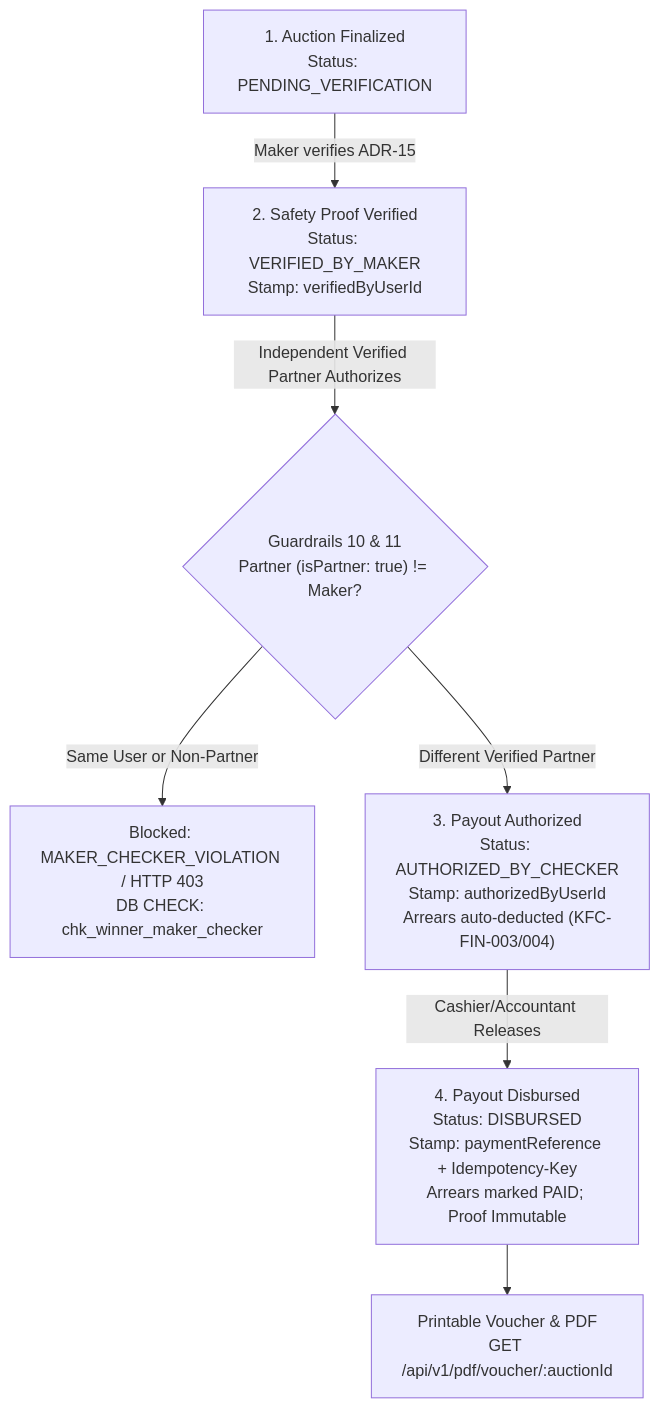
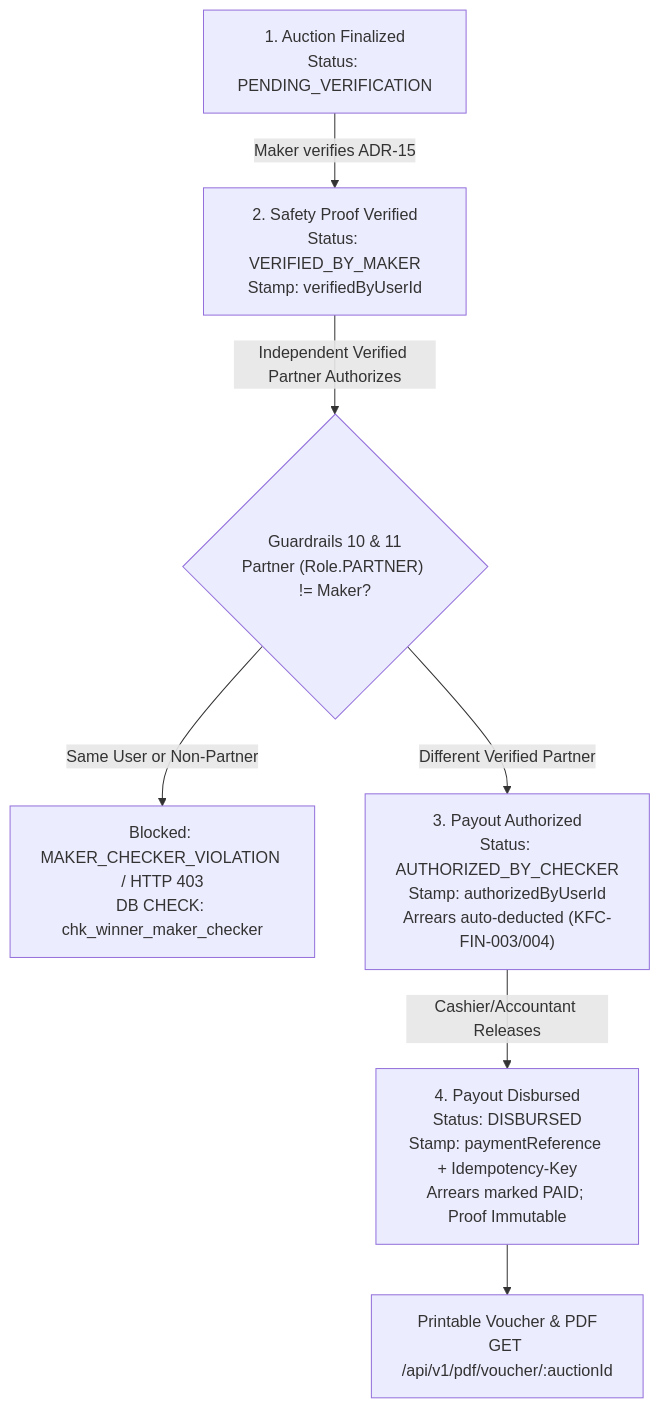
One commit to Kathir-24/Kumaran-finance changed the diagram in docs/web/prize-disbursements.md. Above: the diagram before and after it, drawn with Mermaid. The commit also changed other lines of this file and 189 other files, not shown here.

````diff
--- a/docs/web/prize-disbursements.md
+++ b/docs/web/prize-disbursements.md
@@ -38,9 +38,9 @@
 ```mermaid
 flowchart TD
     S1["1. Auction Finalized\nStatus: PENDING_VERIFICATION"] -->|Maker verifies ADR-15| S2["2. Safety Proof Verified\nStatus: VERIFIED_BY_MAKER\nStamp: verifiedByUserId"]
-    S2 -->|Independent Verified Partner Authorizes| G{"Guardrails 10 & 11\nPartner (isPartner: true) != Maker?"}
+    S2 -->|Independent Verified Partner Authorizes| G{"Guardrails 10 & 11\nPartner (Role.PARTNER) != Maker?"}
     G -- "Same User or Non-Partner" --> BLOCK["Blocked: MAKER_CHECKER_VIOLATION / HTTP 403\nDB CHECK: chk_winner_maker_checker"]
     G -- "Different Verified Partner" --> S3["3. Payout Authorized\nStatus: AUTHORIZED_BY_CHECKER\nStamp: authorizedByUserId\nArrears auto-deducted (KFC-FIN-003/004)"]
     S3 -->|Cashier/Accountant Releases| S4["4. Payout Disbursed\nStatus: DISBURSED\nStamp: paymentReference + Idempotency-Key\nArrears marked PAID; Proof Immutable"]
     S4 --> PDF["Printable Voucher & PDF\nGET /api/v1/pdf/voucher/:auctionId"]
 ```
````
